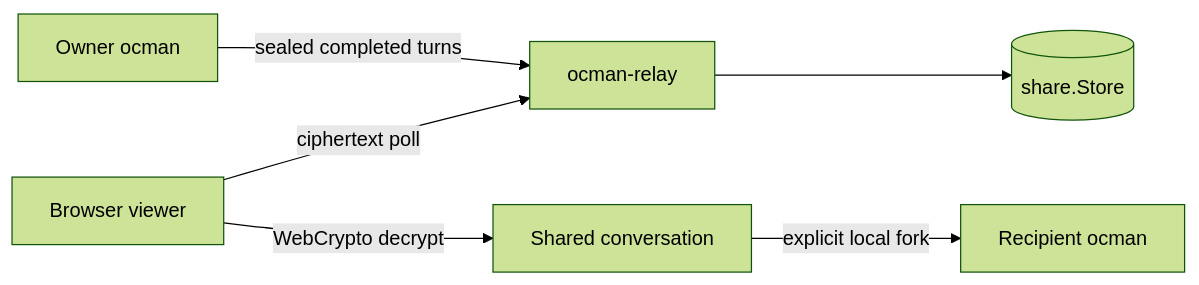
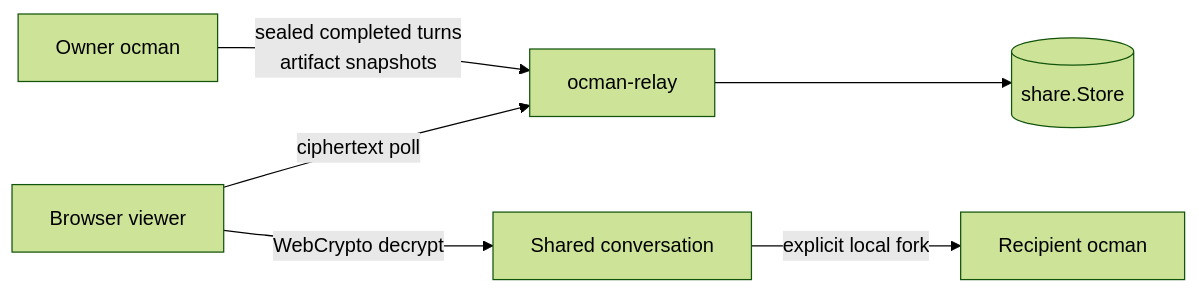
Before and after one commit to ocman/ocman: the first of 5 diagrams in docs/other/architecture.md, drawn with Mermaid (forest theme). The commit also changed other lines of this file and 2 other files, not shown here.

Commit message:
docs(artifacts): document artifacts and update architecture

````diff
--- a/docs/other/architecture.md
+++ b/docs/other/architecture.md
@@ -22,8 +22,8 @@
 ```mermaid
 flowchart LR
-    Owner[Owner ocman] -->|sealed completed turns| Relay[ocman-relay]
+    Owner[Owner ocman] -->|sealed completed turns<br/>artifact snapshots| Relay[ocman-relay]
     Relay --> Store[(share.Store)]
     Viewer[Browser viewer] -->|ciphertext poll| Relay
     Viewer -->|WebCrypto decrypt| Thread[Shared conversation]
     Thread -->|explicit local fork| Local[Recipient ocman]
 ```
````
